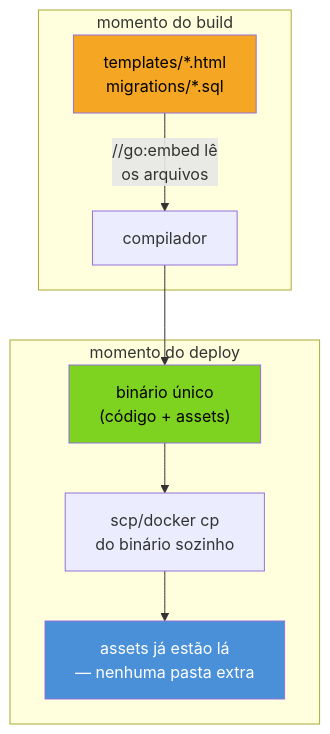
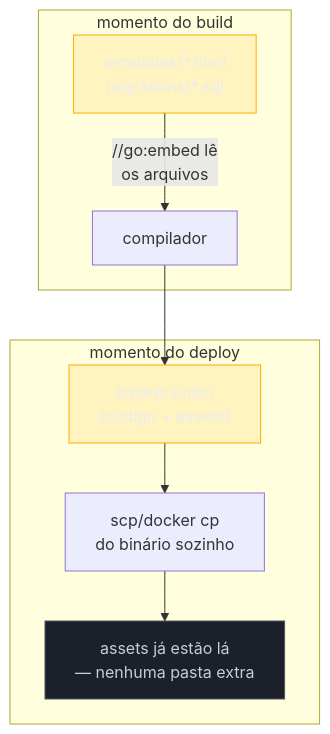
One commit to josenaldo/codex-technomanticus changed the second of 2 diagrams in 03-Dominios/Tecnologia/Go/18 - Cloud-native e produção/03 - Build flags e versionamento.md. Above: the diagram before and after it, drawn with Mermaid. The commit also changed other lines of this file and 1181 other files, not shown here.

First line of the commit message:
fix(diagramas): paleta do sistema no lugar de cor cravada no markdown

````diff
--- a/03-Dominios/Tecnologia/Go/18 - Cloud-native e produção/03 - Build flags e versionamento.md
+++ b/03-Dominios/Tecnologia/Go/18 - Cloud-native e produção/03 - Build flags e versionamento.md
@@ -138,15 +140,17 @@
 ```mermaid
 flowchart TB
+    classDef destaque fill:#FFAA0024,stroke:#FFAA00,color:#E9ECF2
+    classDef neutro fill:#1B2029,stroke:#4E5666,color:#C6CCD8
     subgraph Build["momento do build"]
         A["templates/*.html\nmigrations/*.sql"] -->|"//go:embed lê\nos arquivos"| B["compilador"]
     end
     B --> C["binário único\n(código + assets)"]
     subgraph Runtime["momento do deploy"]
         C --> D["scp/docker cp\ndo binário sozinho"]
         D --> E["assets já estão lá\n— nenhuma pasta extra"]
     end
 
-    style A fill:#F5A623,color:#000
-    style C fill:#7ED321,color:#000
-    style E fill:#4A90D9,color:#fff
+    class A destaque
+    class C destaque
+    class E neutro
 ```
````
